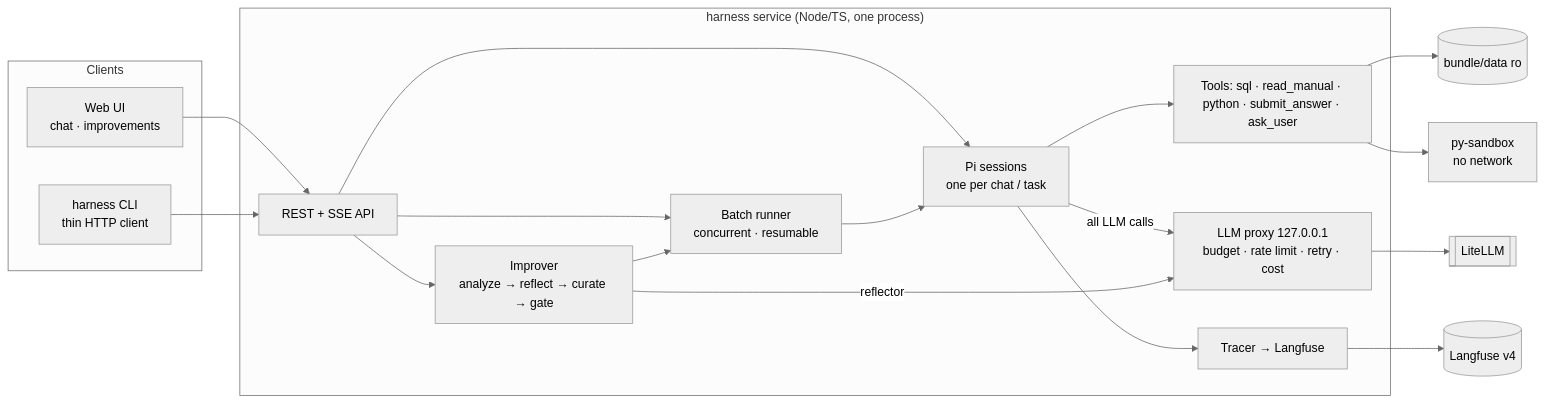
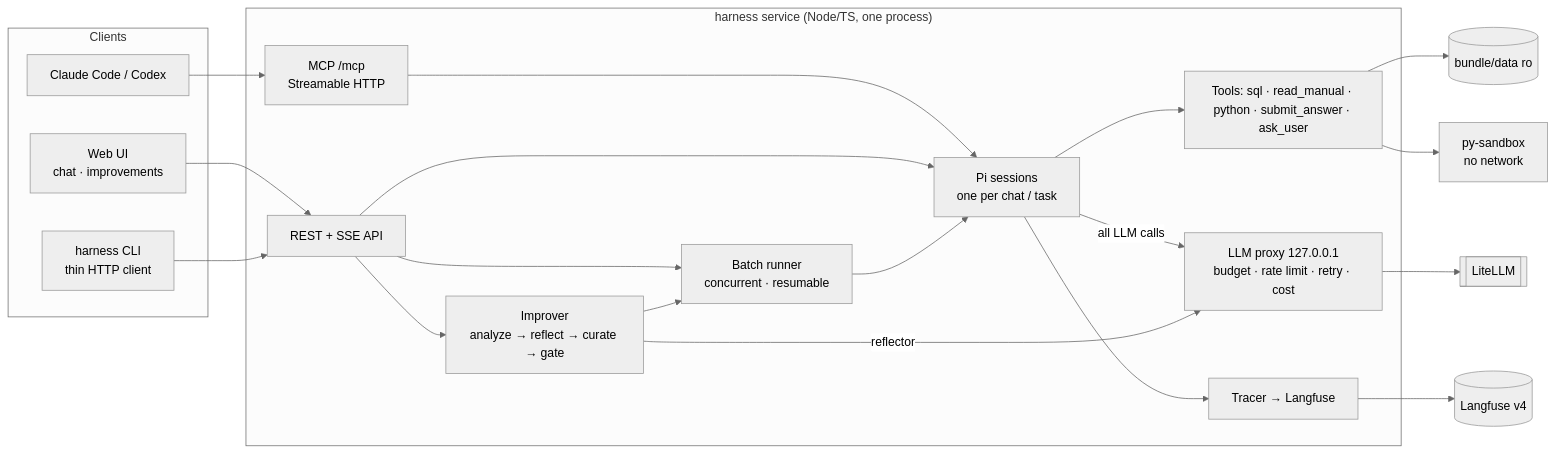
The diagram in README.md (asainov1/payments-analyst-pi), drawn with Mermaid (neutral theme) before and after one commit. The commit also changed other lines of this file and 1 other file, not shown here.

Commit message:
docs: MCP done (7091967) — SPEC A13/§4.3/step 18/§8, README section with Claude Code and Codex setup

````diff
--- a/README.md
+++ b/README.md
@@ -13,30 +13,34 @@
 ```mermaid
 flowchart LR
   subgraph Clients
     UI[Web UI<br/>chat · improvements]
     CLI[harness CLI<br/>thin HTTP client]
+    MCPC[Claude Code / Codex]
   end
   subgraph harness["harness service (Node/TS, one process)"]
     API[REST + SSE API]
+    MCP[MCP /mcp<br/>Streamable HTTP]
     SM[Pi sessions<br/>one per chat / task]
     BR[Batch runner<br/>concurrent · resumable]
     IMP[Improver<br/>analyze → reflect → curate → gate]
     PX[LLM proxy 127.0.0.1<br/>budget · rate limit · retry · cost]
     TR[Tracer → Langfuse]
     TOOLS[Tools: sql · read_manual · python · submit_answer · ask_user]
   end
   SBX[py-sandbox<br/>no network]
   LLM[[LiteLLM]]
   LF[(Langfuse v4)]
   DATA[(bundle/data ro)]
   UI --> API
   CLI --> API
+  MCPC --> MCP
+  MCP --> SM
   API --> SM & BR & IMP
   BR --> SM
   IMP --> BR
   SM --> TOOLS --> DATA
   TOOLS --> SBX
   SM -->|all LLM calls| PX --> LLM
   IMP -->|reflector| PX
   SM --> TR --> LF
 ```
````
